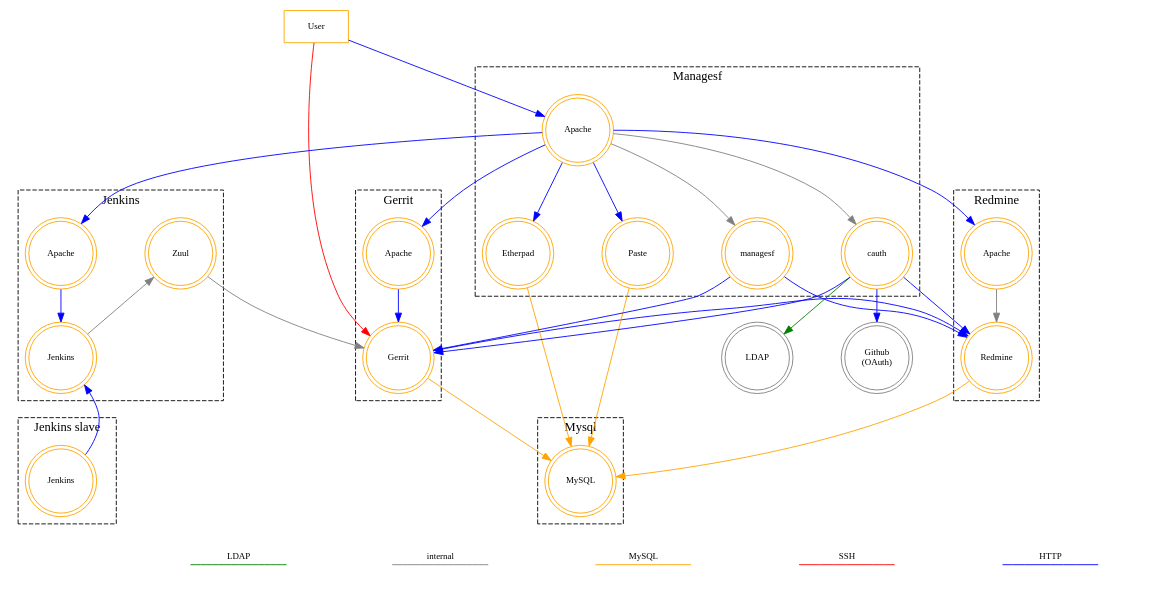
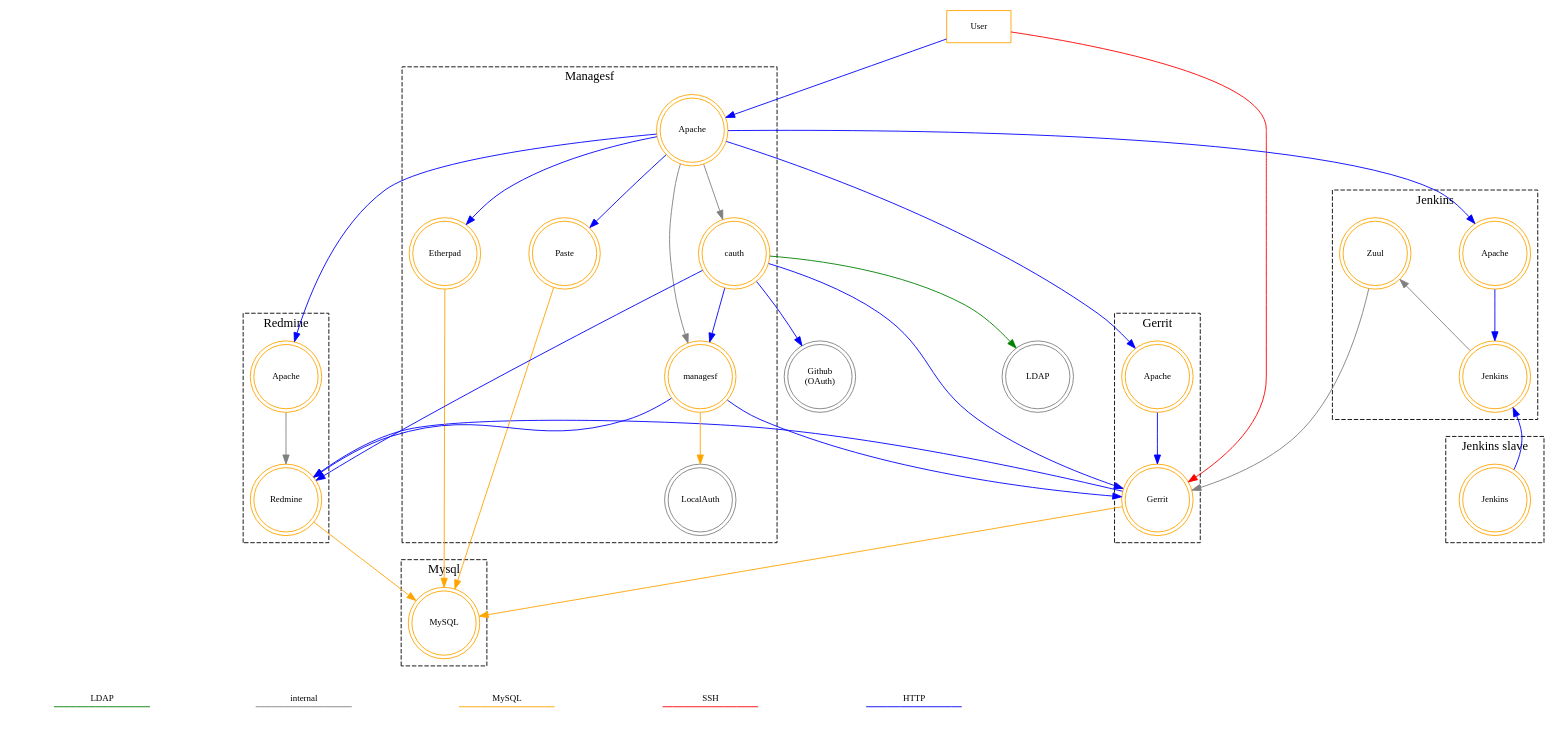
The diagram in docs/components.dot (redhat-cip/software-factory), drawn with Graphviz before and after one commit. The commit also changed 2 other files, not shown here.

```diff
--- a/docs/components.dot
+++ b/docs/components.dot
@@ -1,113 +1,117 @@
 digraph {
     nodesep = 0.75
     node [shape=doublecircle,color=orange,fontsize=10,width=1.0]
     edge [fontsize=10];
 
     "User" [shape=box];
     "LDAP" [color=gray];
     "Github" [color=gray label="Github\n(OAuth)"];
+    "LocalAuth" [color=gray];
 
     subgraph cluster_agenda {
         style=invis;
 
         node [fontsize=0 width=0 style=invis]
 
         {rank=same; h1; h2;}
         h1 -> h2 [label="HTTP" color="blue" dir=none];
 
         {rank=same; s1; s2;}
         s1 -> s2 [label="SSH" color="red" dir=none];
 
         {rank=same; m1; m2;}
         m1 -> m2 [label="MySQL" color="orange" dir=none];
 
         {rank=same; i1; i2;}
         i1 -> i2 [label="internal" color="gray" dir=none];
 
         {rank=same; l1; l2;}
         l1 -> l2 [label="LDAP" color="green" dir=none];
     }
 
     subgraph cluster_gerrit {
         style = dashed;
         label="Gerrit";
         "Gerrit";
         "GerritApache" [label="Apache"];
     }
 
     subgraph cluster_jenkins {
         style = dashed;
         label="Jenkins";
         "master" [label="Jenkins"];
         "JenkinsApache" [label="Apache"];
         "Zuul";
     }
 
     subgraph cluster_redmine {
         style = dashed;
         label="Redmine";
         "Redmine";
         "RedmineApache" [label="Apache"];
     }
 
     subgraph cluster_mysql {
         style = dashed;
         label="Mysql";
         "MySQL";
     }
 
     subgraph cluster_slave {
         style = dashed;
         label="Jenkins slave";
         "slave" [label="Jenkins"];
     }
 
     subgraph cluster_managesf {
         style = dashed;
         label="Managesf";
         "Apache";
         "Etherpad";
         "Paste";
         "managesf";
         "cauth";
+        "LocalAuth";
     }
 
     edge [color=blue];
     "User" -> "Apache";
     "Apache" -> "Etherpad";
     "Apache" -> "Paste";
     "Apache" -> "GerritApache";
     "Apache" -> "JenkinsApache";
     "Apache" -> "RedmineApache";
     "GerritApache" -> "Gerrit";
     "JenkinsApache" -> "master";
     "slave" -> "master" [constraint=False];
     "master" -> "slave" [style=invis];
     "cauth" -> "Github";
     "cauth" -> "Redmine";
     "cauth" -> "Gerrit";
     "managesf" -> "Redmine";
     "managesf" -> "Gerrit";
     "Gerrit" -> "Redmine" [constraint=False];
+    "cauth" -> "managesf";
 
     edge [color=red];
     "User" -> "Gerrit";
 
     edge [color=orange];
     "Redmine" -> "MySQL";
     "Gerrit" -> "MySQL";
     "Etherpad" -> "MySQL";
     "Paste" -> "MySQL";
+    "managesf" -> "LocalAuth";
 
     edge [color=gray];
     "RedmineApache" -> "Redmine";
     "Apache" -> "cauth";
     "Apache" -> "managesf";
     "master" -> "Zuul" [constraint=False];
     "Zuul" -> "Gerrit";
 
     edge [color=green];
     "cauth" -> "LDAP";
 
     MySQL -> m1 [style=invis];
 }
```
